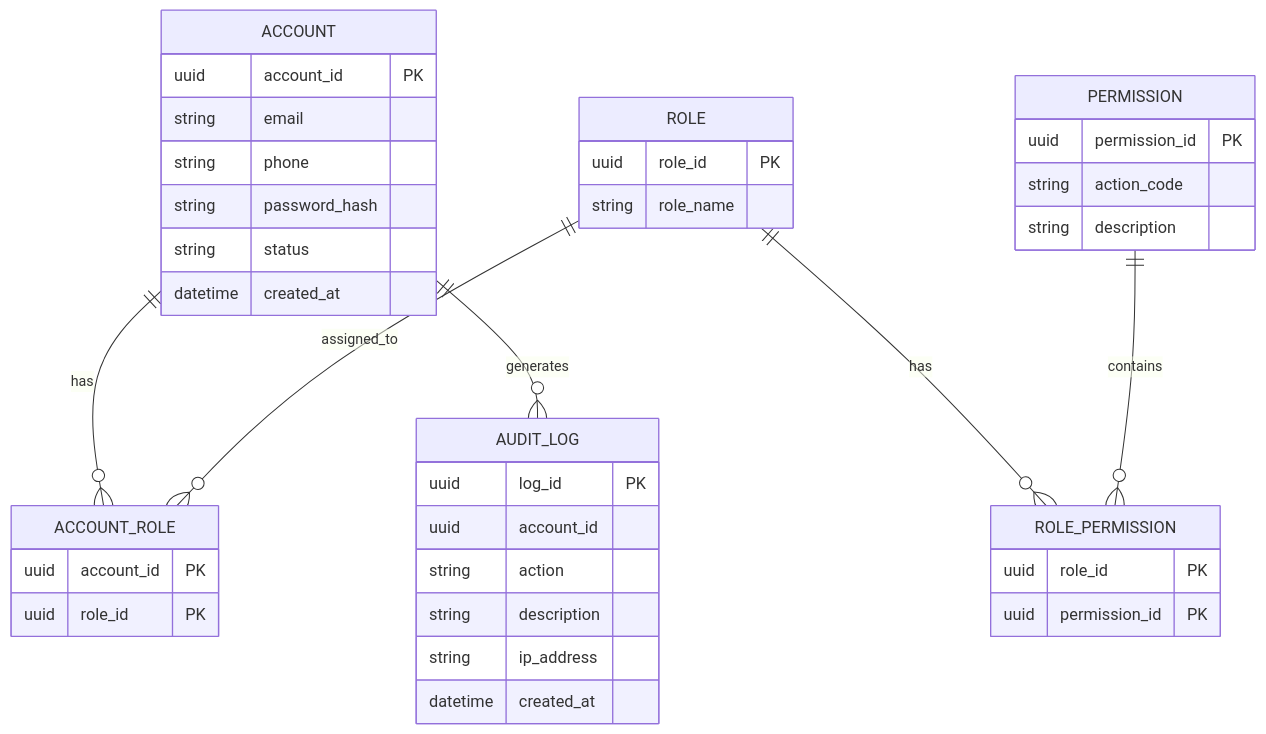
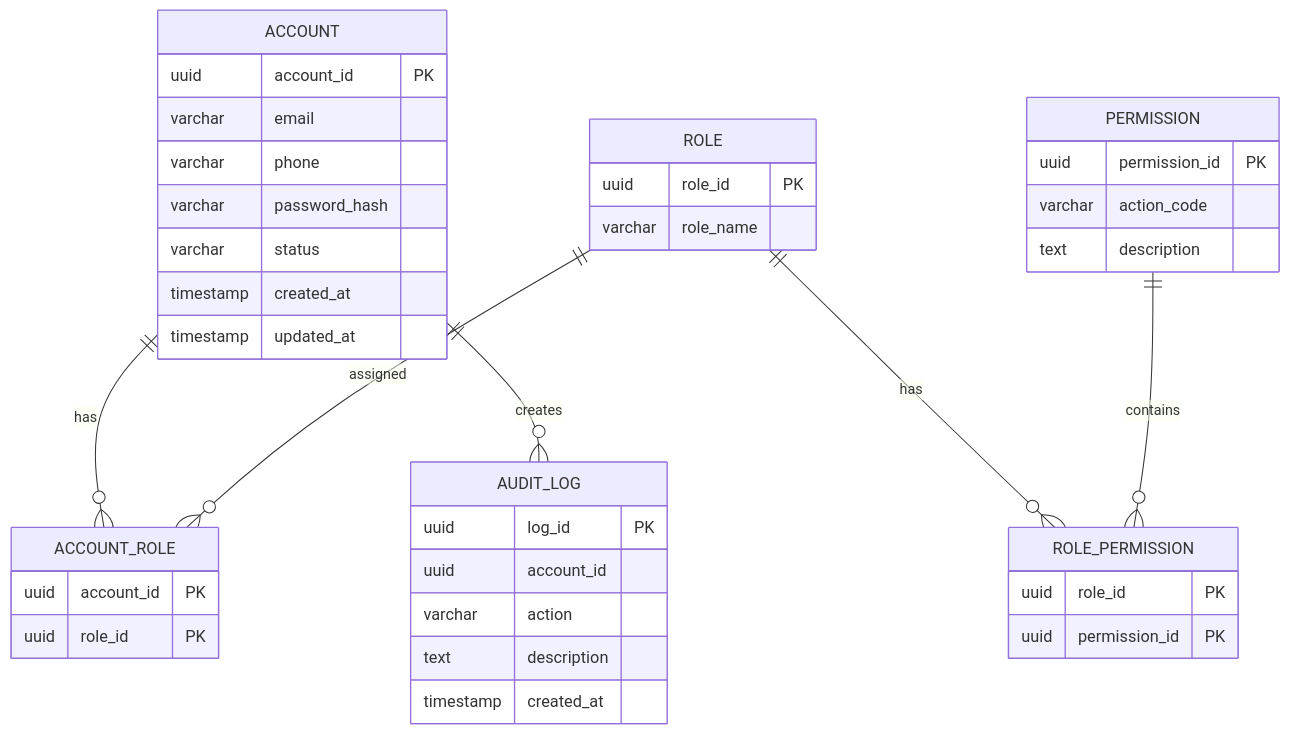
The third of 28 diagrams in Microservice_Design.md (Phamha0601/23680571_PhamThiThuHa_CabSystem), drawn with Mermaid before and after one commit. The commit also changed other lines of this file, not shown here.

````diff
--- a/Microservice_Design.md
+++ b/Microservice_Design.md
@@ -728,50 +234,48 @@
 ```mermaid
 erDiagram
 
     ACCOUNT ||--o{ ACCOUNT_ROLE : has
-    ROLE ||--o{ ACCOUNT_ROLE : assigned_to
-
+    ROLE ||--o{ ACCOUNT_ROLE : assigned
     ROLE ||--o{ ROLE_PERMISSION : has
     PERMISSION ||--o{ ROLE_PERMISSION : contains
-
-    ACCOUNT ||--o{ AUDIT_LOG : generates
+    ACCOUNT ||--o{ AUDIT_LOG : creates
 
     ACCOUNT {
         uuid account_id PK
-        string email
-        string phone
-        string password_hash
-        string status
-        datetime created_at
+        varchar email
+        varchar phone
+        varchar password_hash
+        varchar status
+        timestamp created_at
+        timestamp updated_at
     }
 
     ROLE {
         uuid role_id PK
-        string role_name
+        varchar role_name
     }
 
     PERMISSION {
         uuid permission_id PK
-        string action_code
-        string description
+        varchar action_code
+        text description
     }
 
     ACCOUNT_ROLE {
         uuid account_id PK
         uuid role_id PK
     }
 
     ROLE_PERMISSION {
         uuid role_id PK
         uuid permission_id PK
     }
 
     AUDIT_LOG {
         uuid log_id PK
         uuid account_id
-        string action
-        string description
-        string ip_address
-        datetime created_at
+        varchar action
+        text description
+        timestamp created_at
     }
 ```
````
